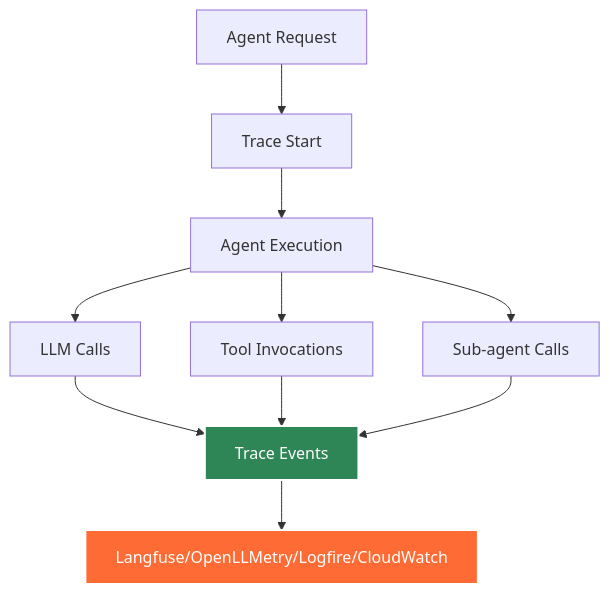
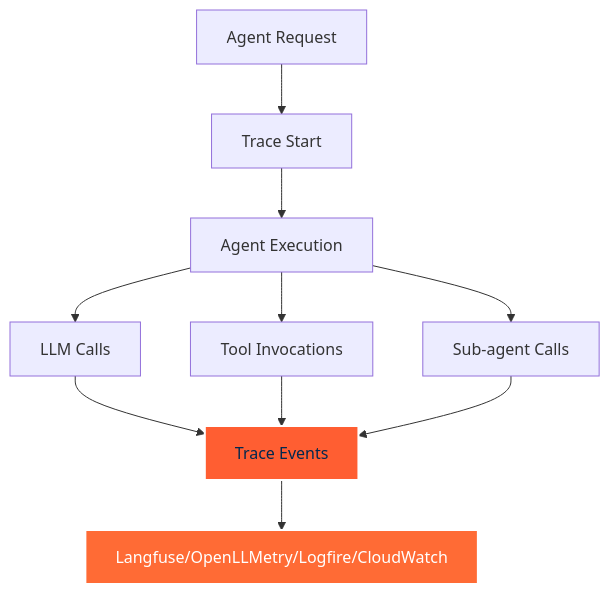
One commit to yaalalabs/agent-kernel changed the diagram in docs/docs/advanced/traceability.md. Above: the diagram before and after it, drawn with Mermaid. The commit also changed other lines of this file and 444 other files, not shown here.

````diff
--- a/docs/docs/advanced/traceability.md
+++ b/docs/docs/advanced/traceability.md
@@ -13,15 +13,15 @@
 ```mermaid
 graph TB
     A[Agent Request] --> B[Trace Start]
     B --> C[Agent Execution]
     C --> D[LLM Calls]
     C --> E[Tool Invocations]
     C --> F[Sub-agent Calls]
     D --> G[Trace Events]
     E --> G
     F --> G
     G --> H[Langfuse/OpenLLMetry/Logfire/CloudWatch]
     
-    style G fill:#2e8555,stroke:#fff,stroke-width:2px,color:#fff
+    style G fill:#FF5E32,stroke:#fff,stroke-width:2px,color:#02284F
     style H fill:#ff6b35,stroke:#fff,stroke-width:2px,color:#fff
 ```
````
